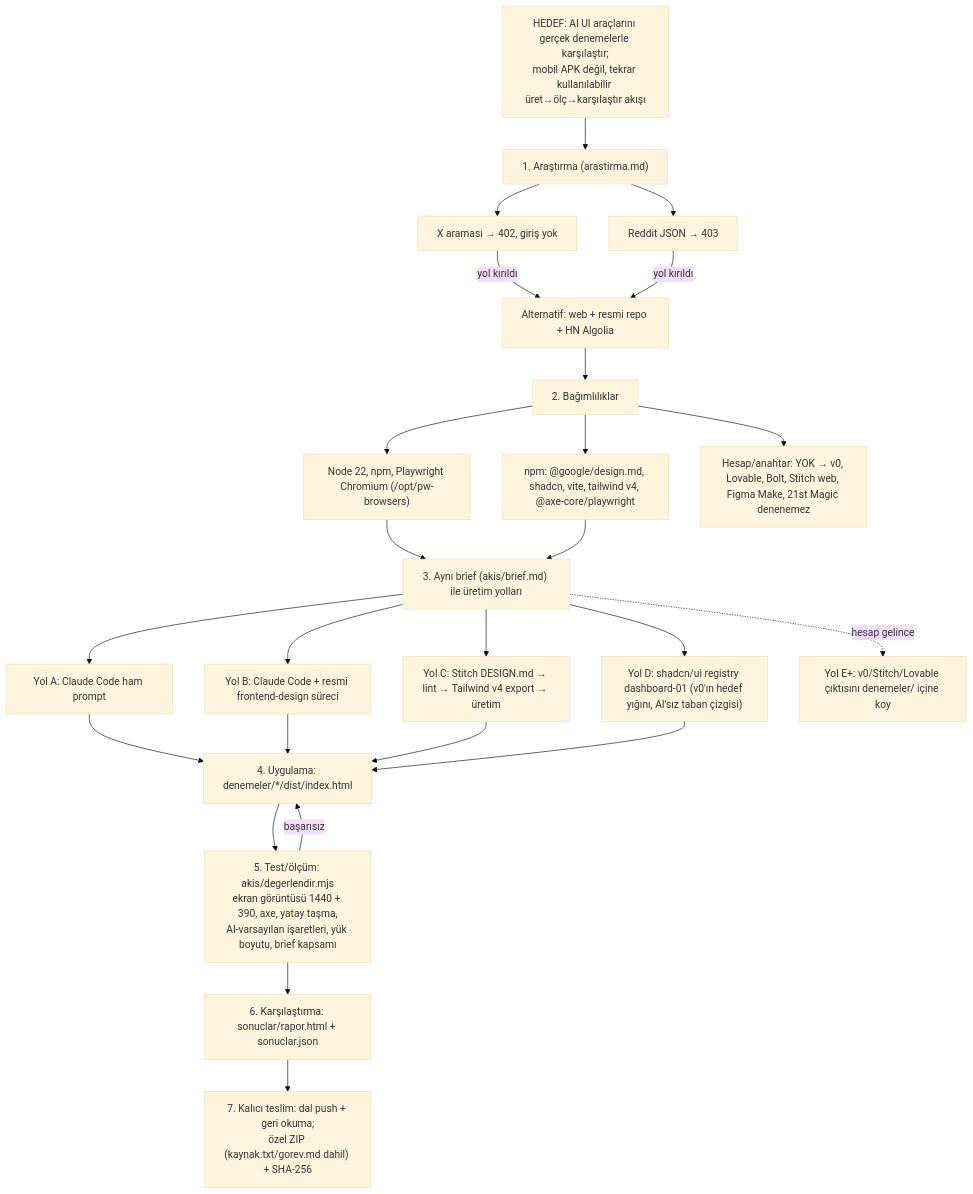
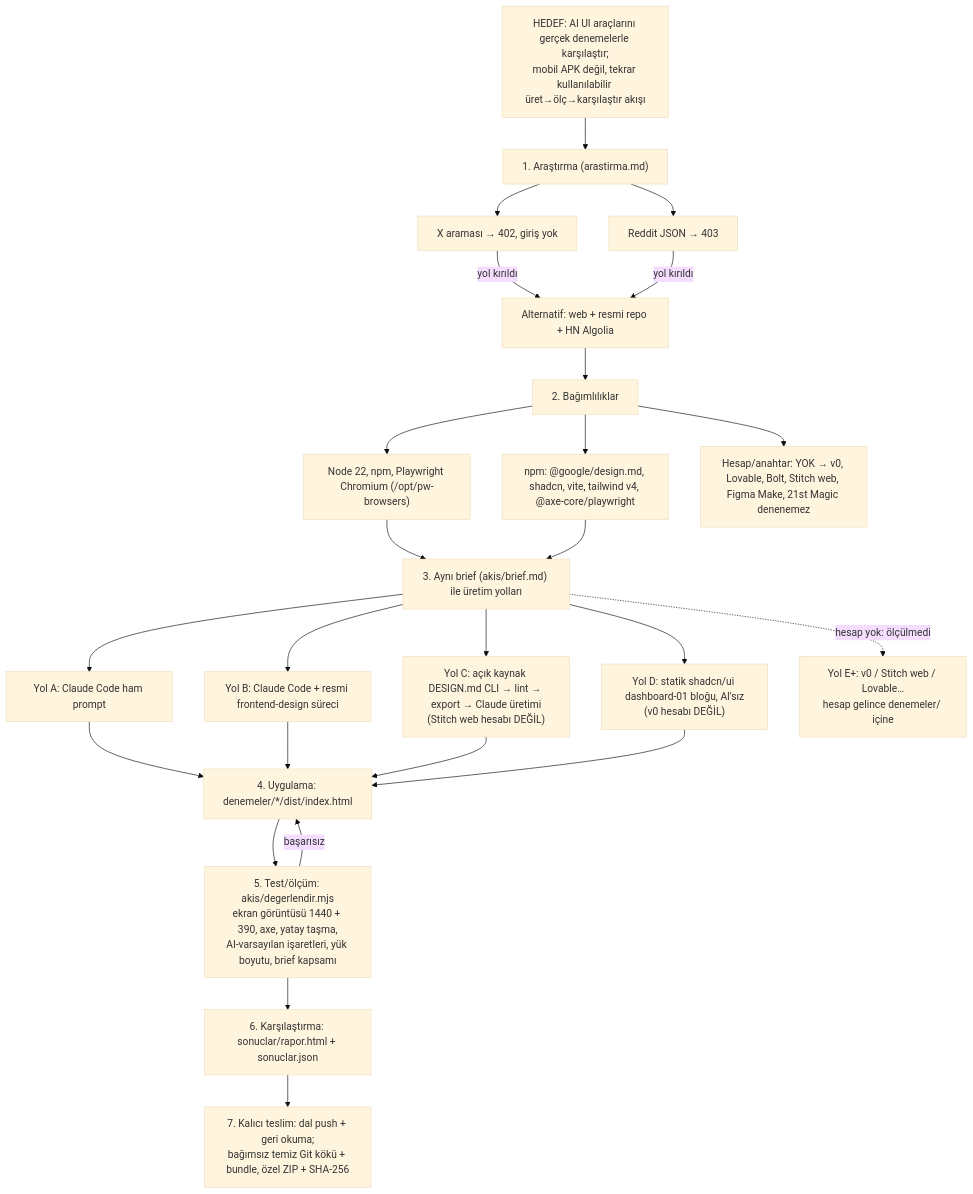
Before and after one commit to jannet5/Jn: the diagram in gorevler/ai-ui-arac-karsilastirma/harita.md, drawn with Mermaid (base theme). The commit also changed 87 other files, not shown here.

First line of the commit message:
AI UI karşılaştırması: kapsam dilini düzelt (C=DESIGN.md CLI, D=statik shadcn bloğu), tek brief uyarısı

````diff
--- a/gorevler/ai-ui-arac-karsilastirma/harita.md
+++ b/gorevler/ai-ui-arac-karsilastirma/harita.md
@@ -3,24 +3,24 @@
 ```mermaid
 flowchart TD
   H["HEDEF: AI UI araçlarını gerçek denemelerle karşılaştır;<br/>mobil APK değil, tekrar kullanılabilir üret→ölç→karşılaştır akışı"]
   H --> R["1. Araştırma (arastirma.md)"]
   R --> R1["X araması → 402, giriş yok"]
   R1 -->|yol kırıldı| R2["Alternatif: web + resmi repo + HN Algolia"]
   R --> R3["Reddit JSON → 403"]
   R3 -->|yol kırıldı| R2
   R2 --> B["2. Bağımlılıklar"]
   B --> B1["Node 22, npm, Playwright Chromium (/opt/pw-browsers)"]
   B --> B2["npm: @google/design.md, shadcn, vite, tailwind v4, @axe-core/playwright"]
   B --> B3["Hesap/anahtar: YOK → v0, Lovable, Bolt, Stitch web, Figma Make, 21st Magic denenemez"]
   B1 & B2 --> Y["3. Aynı brief (akis/brief.md) ile üretim yolları"]
   Y --> A["Yol A: Claude Code ham prompt"]
   Y --> BB["Yol B: Claude Code + resmi frontend-design süreci"]
-  Y --> C["Yol C: Stitch DESIGN.md → lint → Tailwind v4 export → üretim"]
-  Y --> D["Yol D: shadcn/ui registry dashboard-01 (v0'ın hedef yığını, AI'sız taban çizgisi)"]
-  Y -.->|hesap gelince| E["Yol E+: v0/Stitch/Lovable çıktısını denemeler/ içine koy"]
+  Y --> C["Yol C: açık kaynak DESIGN.md CLI → lint → export → Claude üretimi<br/>(Stitch web hesabı DEĞİL)"]
+  Y --> D["Yol D: statik shadcn/ui dashboard-01 bloğu, AI'sız<br/>(v0 hesabı DEĞİL)"]
+  Y -.->|hesap yok: ölçülmedi| E["Yol E+: v0 / Stitch web / Lovable…<br/>hesap gelince denemeler/ içine"]
   A & BB & C & D --> U["4. Uygulama: denemeler/*/dist/index.html"]
   U --> T["5. Test/ölçüm: akis/degerlendir.mjs<br/>ekran görüntüsü 1440 + 390, axe, yatay taşma,<br/>AI-varsayılan işaretleri, yük boyutu, brief kapsamı"]
   T -->|başarısız| U
   T --> K["6. Karşılaştırma: sonuclar/rapor.html + sonuclar.json"]
-  K --> P["7. Kalıcı teslim: dal push + geri okuma;<br/>özel ZIP (kaynak.txt/gorev.md dahil) + SHA-256"]
+  K --> P["7. Kalıcı teslim: dal push + geri okuma;<br/>bağımsız temiz Git kökü + bundle, özel ZIP + SHA-256"]
 ```
````
